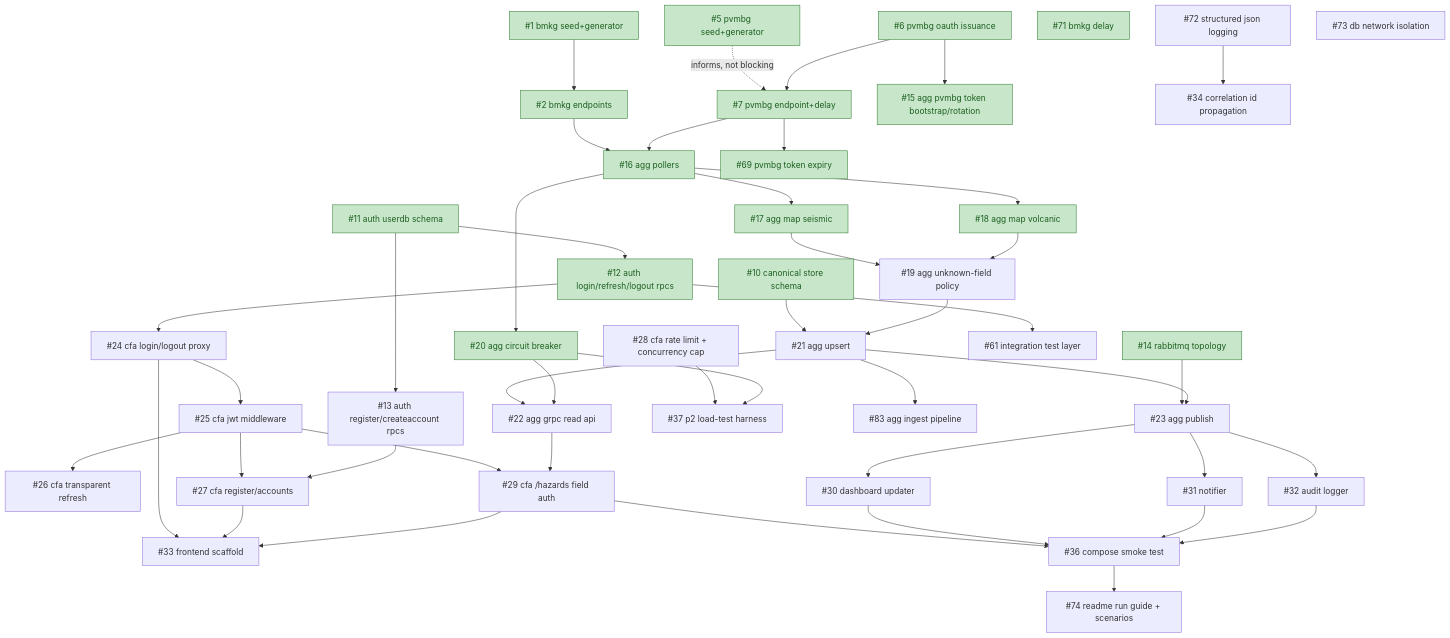
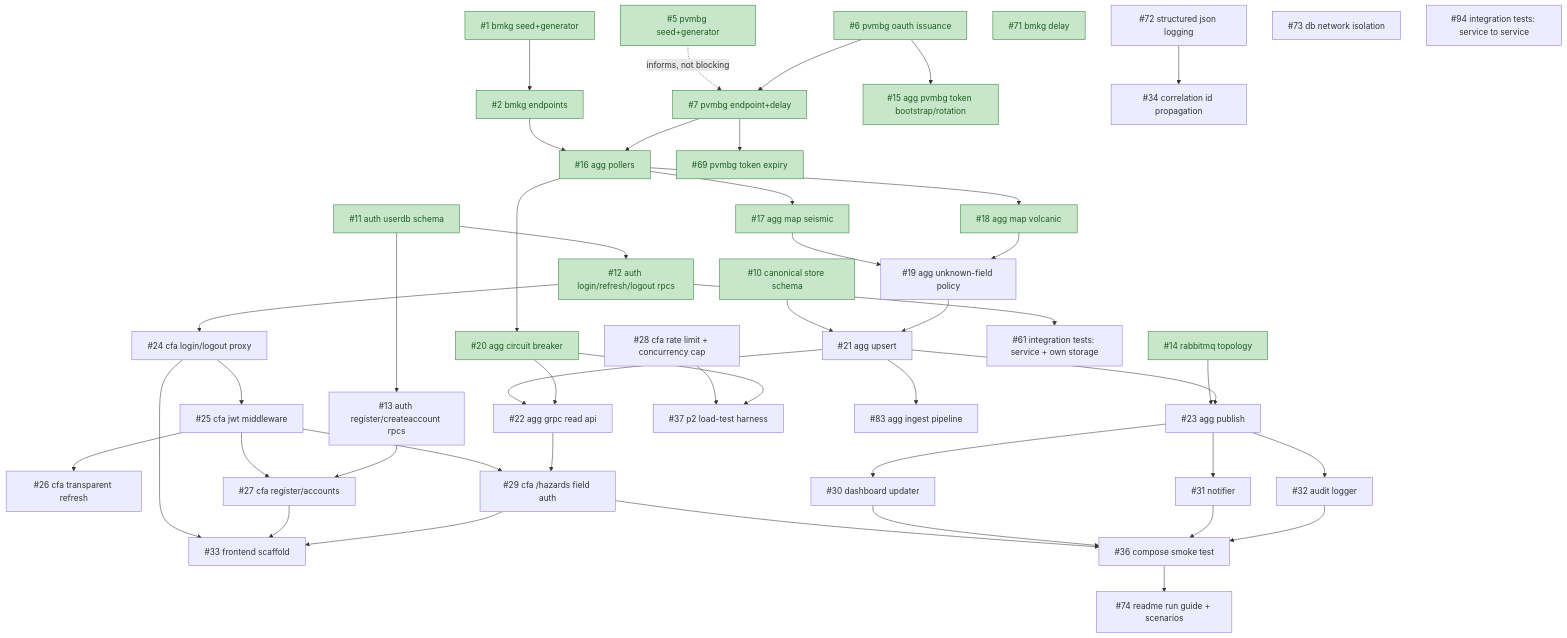
One commit to brii26/distributed-hazard-coordination changed the diagram in doc/BACKLOG_DEPENDENCIES.md. Above: the diagram before and after it, drawn with Mermaid. The commit also changed other lines of this file, not shown here.

Commit message:
docs(backlog): reworded #61 and added #94 (service-to-service integration tests) (#95)

````diff
--- a/doc/BACKLOG_DEPENDENCIES.md
+++ b/doc/BACKLOG_DEPENDENCIES.md
@@ -24,62 +25,63 @@
 ```mermaid
 graph TD
   1["#1 bmkg seed+generator"] --> 2["#2 bmkg endpoints"]
   5["#5 pvmbg seed+generator"] -.->|informs, not blocking| 7
 
   6["#6 pvmbg oauth issuance"] --> 15["#15 agg pvmbg token bootstrap/rotation"]
   6 --> 7["#7 pvmbg endpoint+delay"]
   7 --> 69["#69 pvmbg token expiry"]
 
   2 --> 16["#16 agg pollers"]
   7 --> 16
   16 --> 17["#17 agg map seismic"]
   16 --> 18["#18 agg map volcanic"]
   16 --> 20["#20 agg circuit breaker"]
   17 --> 19["#19 agg unknown-field policy"]
   18 --> 19
 
   10["#10 canonical store schema"] --> 21["#21 agg upsert"]
   19 --> 21
   21 --> 22["#22 agg grpc read api"]
   20 --> 22
 
   14["#14 rabbitmq topology"] --> 23["#23 agg publish"]
   21 --> 23
   21 --> 83["#83 agg ingest pipeline"]
 
   11["#11 auth userdb schema"] --> 12["#12 auth login/refresh/logout rpcs"]
   11 --> 13["#13 auth register/createaccount rpcs"]
 
   12 --> 24["#24 cfa login/logout proxy"]
-  12 --> 61["#61 integration test layer"]
+  12 --> 61["#61 integration tests: service + own storage"]
   24 --> 25["#25 cfa jwt middleware"]
   25 --> 26["#26 cfa transparent refresh"]
   25 --> 27["#27 cfa register/accounts"]
   13 --> 27
   25 --> 29["#29 cfa /hazards field auth"]
   22 --> 29
 
   23 --> 30["#30 dashboard updater"]
   23 --> 31["#31 notifier"]
   23 --> 32["#32 audit logger"]
 
   24 --> 33["#33 frontend scaffold"]
   27 --> 33
   29 --> 33
 
   29 --> 36["#36 compose smoke test"]
   30 --> 36
   31 --> 36
   32 --> 36
 
   28["#28 cfa rate limit + concurrency cap"] --> 37["#37 p2 load-test harness"]
   20 --> 37
 
   72["#72 structured json logging"] --> 34["#34 correlation id propagation"]
   36 --> 74["#74 readme run guide + scenarios"]
   71["#71 bmkg delay"]
   73["#73 db network isolation"]
+  94["#94 integration tests: service to service"]
 
   classDef done fill:#c8e6c9,stroke:#2e7d32,color:#1b5e20
   class 1,2,5,6,7,10,11,12,14,15,16,17,18,20,69,71 done
 ```
````
